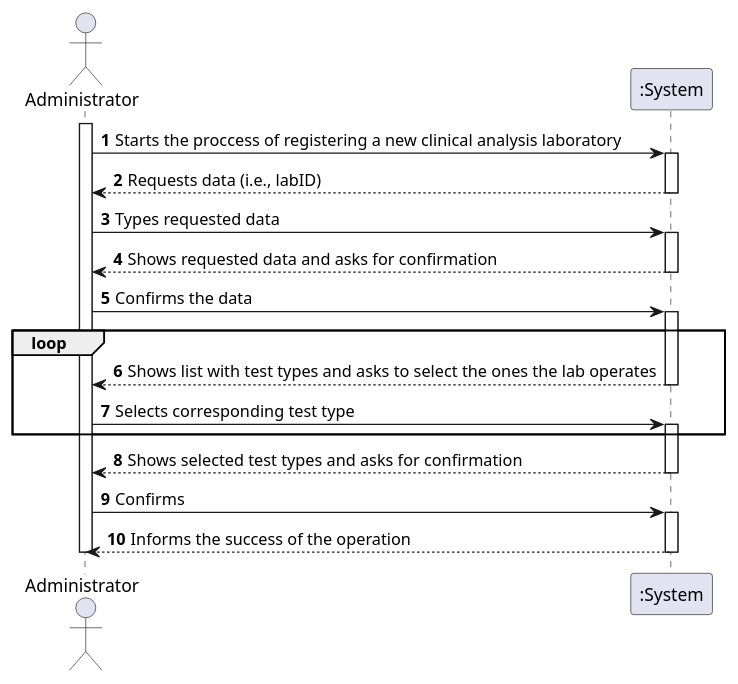
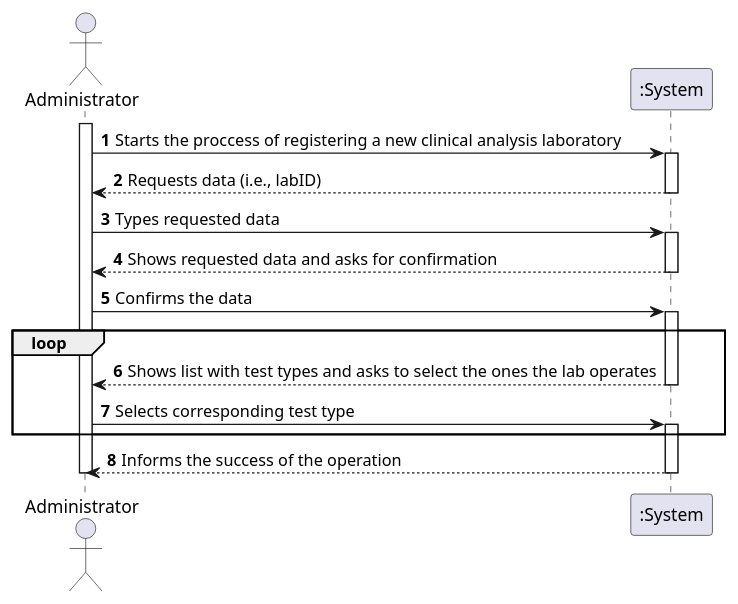
Before and after one commit to 0franciscor/lei-21-s2-1de-g19: the diagram in docs/SprintB/US08/US8_SSD.puml, drawn with PlantUML. The commit also changed 1 other file, not shown here.

```diff
--- a/docs/SprintB/US08/US8_SSD.puml
+++ b/docs/SprintB/US08/US8_SSD.puml
@@ -1,42 +1,37 @@
 @startuml
 autonumber
 
 
 actor "Administrator" as ADMIN
 
 participant ":System" as SYST
 
 activate ADMIN
 ADMIN -> SYST : Starts the proccess of registering a new clinical analysis laboratory
 activate SYST
 SYST --> ADMIN : Requests data (i.e., labID) 
 deactivate SYST
 
 
 ADMIN -> SYST : Types requested data
 activate SYST
 SYST --> ADMIN : Shows requested data and asks for confirmation
 deactivate SYST
 
 ADMIN -> SYST : Confirms the data
 activate SYST
 
 loop
 SYST --> ADMIN : Shows list with test types and asks to select the ones the lab operates
 deactivate SYST
 
 ADMIN -> SYST : Selects corresponding test type
 activate SYST
 end 
 
-SYST --> ADMIN : Shows selected test types and asks for confirmation
-deactivate SYST
-
-ADMIN -> SYST : Confirms
-activate SYST
 SYST --> ADMIN : Informs the success of the operation
 deactivate SYST
 
 deactivate ADMIN
 
 @enduml
```
